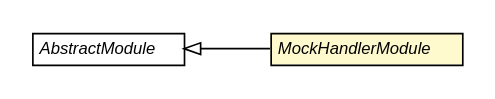
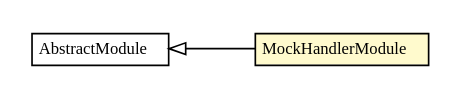
The diagram in javadoc/apidocs/com/gwtplatform/tester/MockHandlerModule.dot (ArcBees/GWTP), drawn with Graphviz before and after one commit. The commit also changed 2699 other files, not shown here.

```diff
--- a/javadoc/apidocs/com/gwtplatform/tester/MockHandlerModule.dot
+++ b/javadoc/apidocs/com/gwtplatform/tester/MockHandlerModule.dot
@@ -1,27 +1,27 @@
 #!/usr/local/bin/dot
 #
 # Class diagram 
 # Generated by UMLGraph version R5_6-24-gf6e263 (http://www.umlgraph.org/)
 #
 
 digraph G {
-	edge [fontname="Helvetica",fontsize=10,labelfontname="Helvetica",labelfontsize=10];
-	node [fontname="Helvetica",fontsize=10,shape=plaintext];
+	edge [fontname="arial",fontsize=10,labelfontname="arial",labelfontsize=10];
+	node [fontname="arial",fontsize=10,shape=plaintext];
 	nodesep=0.25;
 	ranksep=0.5;
 	rankdir=LR;
 	// com.gwtplatform.tester.MockHandlerModule
-	c256366 [label=<<table title="com.gwtplatform.tester.MockHandlerModule" border="0" cellborder="1" cellspacing="0" cellpadding="2" port="p" bgcolor="lemonChiffon" href="./MockHandlerModule.html">
+	c349036 [label=<<table title="com.gwtplatform.tester.MockHandlerModule" border="0" cellborder="1" cellspacing="0" cellpadding="2" port="p" bgcolor="lemonChiffon" href="./MockHandlerModule.html">
 		<tr><td><table border="0" cellspacing="0" cellpadding="1">
-<tr><td align="center" balign="center"><font face="Helvetica-Oblique"> MockHandlerModule </font></td></tr>
+<tr><td align="center" balign="center"><font face="arial italic"> MockHandlerModule </font></td></tr>
 		</table></td></tr>
-		</table>>, URL="./MockHandlerModule.html", fontname="Helvetica", fontcolor="black", fontsize=10.0];
+		</table>>, URL="./MockHandlerModule.html", fontname="arial", fontcolor="black", fontsize=10.0];
 	//com.gwtplatform.tester.MockHandlerModule extends com.google.inject.AbstractModule
-	c256882:p -> c256366:p [dir=back,arrowtail=empty];
+	c349608:p -> c349036:p [dir=back,arrowtail=empty];
 	// com.google.inject.AbstractModule
-	c256882 [label=<<table title="com.google.inject.AbstractModule" border="0" cellborder="1" cellspacing="0" cellpadding="2" port="p" href="http://google-guice.googlecode.com/svn/trunk/javadoc/com/google/inject/AbstractModule.html">
+	c349608 [label=<<table title="com.google.inject.AbstractModule" border="0" cellborder="1" cellspacing="0" cellpadding="2" port="p" href="http://google-guice.googlecode.com/svn/trunk/javadoc/com/google/inject/AbstractModule.html">
 		<tr><td><table border="0" cellspacing="0" cellpadding="1">
-<tr><td align="center" balign="center"><font face="Helvetica-Oblique"> AbstractModule </font></td></tr>
+<tr><td align="center" balign="center"><font face="arial italic"> AbstractModule </font></td></tr>
 		</table></td></tr>
-		</table>>, URL="http://google-guice.googlecode.com/svn/trunk/javadoc/com/google/inject/AbstractModule.html", fontname="Helvetica", fontcolor="black", fontsize=10.0];
+		</table>>, URL="http://google-guice.googlecode.com/svn/trunk/javadoc/com/google/inject/AbstractModule.html", fontname="arial", fontcolor="black", fontsize=10.0];
 }
```
